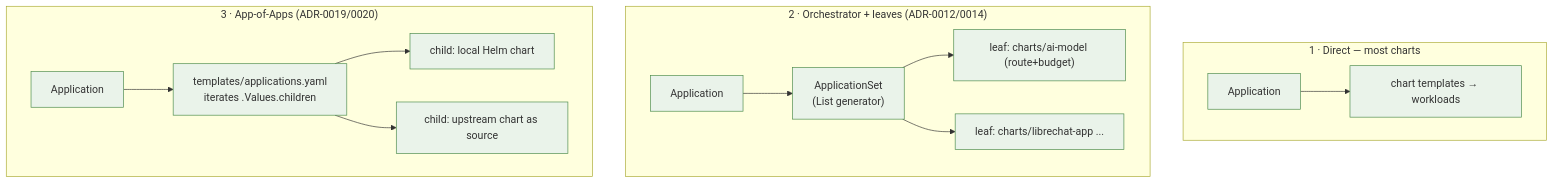
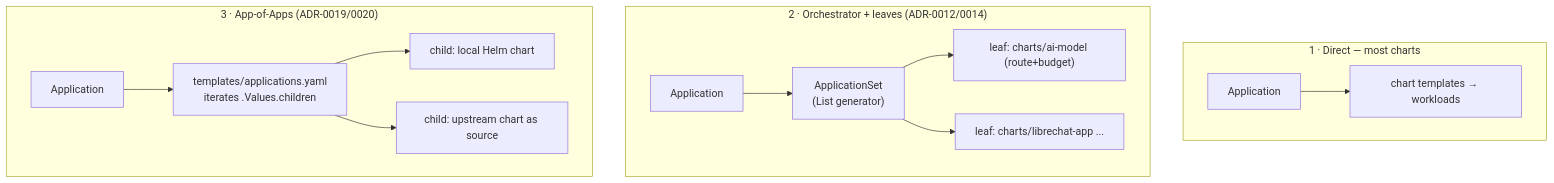
Before and after one commit to ADORSYS-GIS/ai-helm: the third of 7 diagrams in docs/architecture/04-gitops-deployment.md, drawn with Mermaid. The commit also changed other lines of this file and 13 other files, not shown here.

First line of the commit message:
docs(architecture): uncolor all mermaid; refresh CD/components; add diagrams

````diff
--- a/docs/architecture/04-gitops-deployment.md
+++ b/docs/architecture/04-gitops-deployment.md
@@ -75,19 +70,17 @@
 ```mermaid
 flowchart TB
     subgraph p1["1 · Direct — most charts"]
         D["Application"] --> DW["chart templates → workloads"]
     end
     subgraph p2["2 · Orchestrator + leaves (ADR-0012/0014)"]
         O["Application"] --> OS["ApplicationSet<br/>(List generator)"]
         OS --> OL1["leaf: charts/ai-model (route+budget)"]
         OS --> OL2["leaf: charts/librechat-app ..."]
     end
     subgraph p3["3 · App-of-Apps (ADR-0019/0020)"]
         AA["Application"] --> AAT["templates/applications.yaml<br/>iterates .Values.children"]
         AAT --> AC1["child: local Helm chart"]
         AAT --> AC2["child: upstream chart as source"]
     end
 
-    classDef g fill:#eaf3ea,stroke:#4a8a4a;
-    class D,DW,O,OS,OL1,OL2,AA,AAT,AC1,AC2 g;
 ```
````
